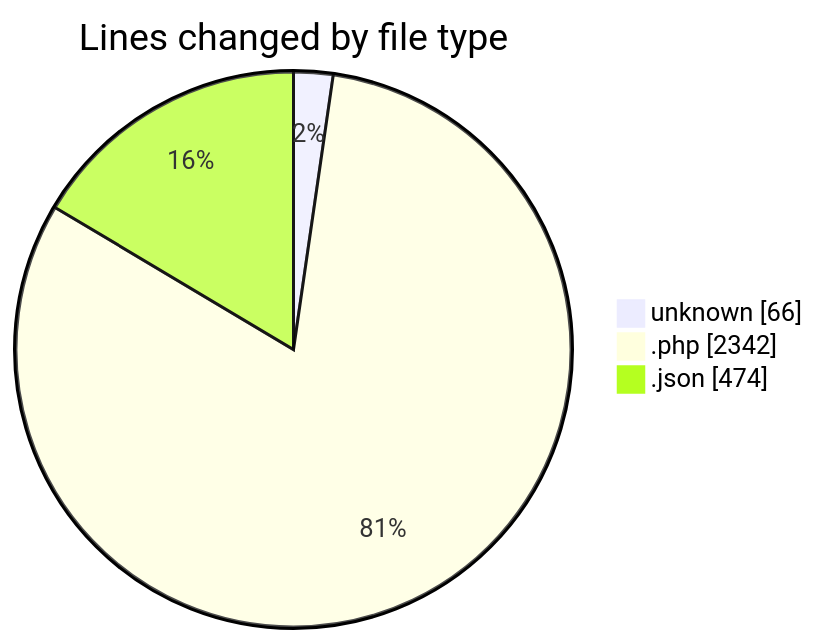
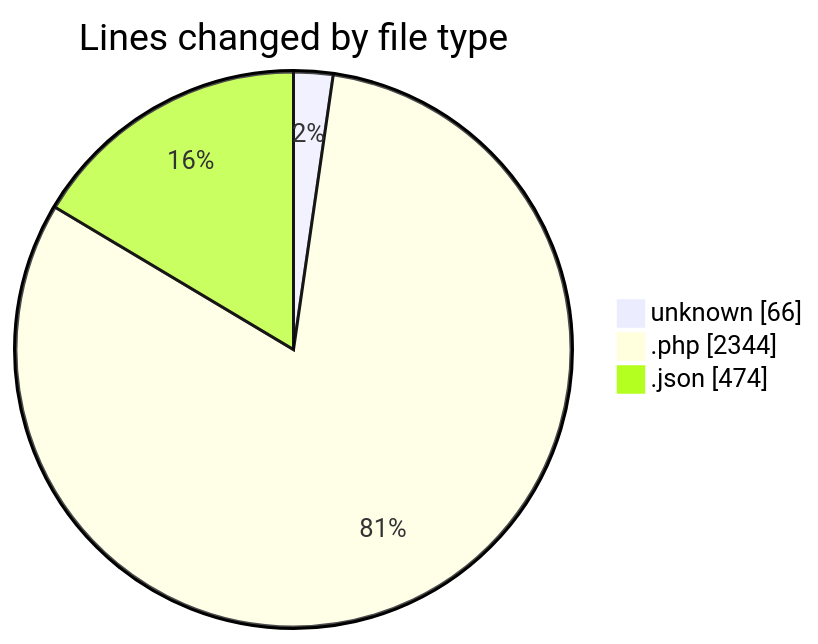
The first of 2 diagrams in 2025-05-27/studio-backend/README.md (idhammustaqopulfikri/code-tracking), drawn with Mermaid before and after one commit. The commit also changed other lines of this file and 1 other file, not shown here.

````diff
--- a/2025-05-27/studio-backend/README.md
+++ b/2025-05-27/studio-backend/README.md
@@ -54,7 +54,7 @@
 ```mermaid
 pie showData
 title Lines changed by file type
 "unknown" : 66
-".php" : 2342
+".php" : 2344
 ".json" : 474
 ```
````
